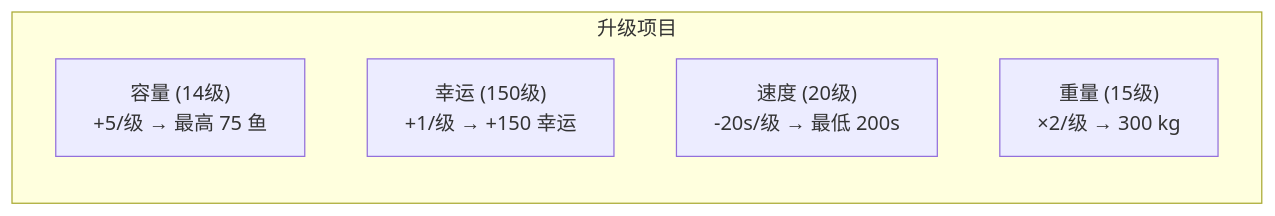
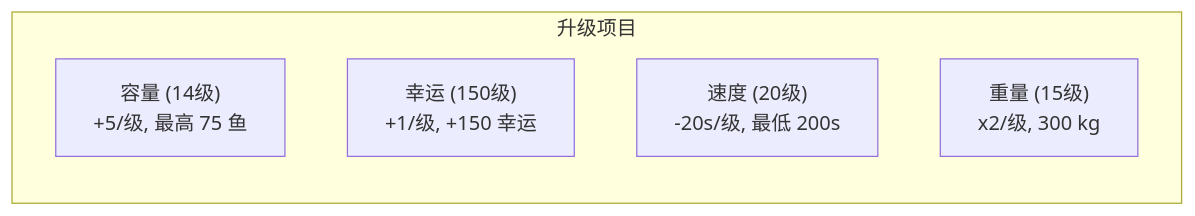
The tenth of 12 diagrams in docs/gamedata-zh.md (SeaLoong/Fish-Udon-Raw-Ilcode), drawn with Mermaid before and after one commit. The commit also changed other lines of this file and 7 other files, not shown here.

````diff
--- a/docs/gamedata-zh.md
+++ b/docs/gamedata-zh.md
@@ -509,9 +501,9 @@
 ```mermaid
 flowchart LR
-    subgraph 升级项目
-        A["容量 (14级)\n+5/级 → 最高 75 鱼"]
-        B["幸运 (150级)\n+1/级 → +150 幸运"]
-        C["速度 (20级)\n-20s/级 → 最低 200s"]
-        D["重量 (15级)\n×2/级 → 300 kg"]
+    subgraph PetUpgrades["升级项目"]
+        A["容量 (14级)\n+5/级, 最高 75 鱼"]
+        B["幸运 (150级)\n+1/级, +150 幸运"]
+        C["速度 (20级)\n-20s/级, 最低 200s"]
+        D["重量 (15级)\nx2/级, 300 kg"]
     end
 ```
````
